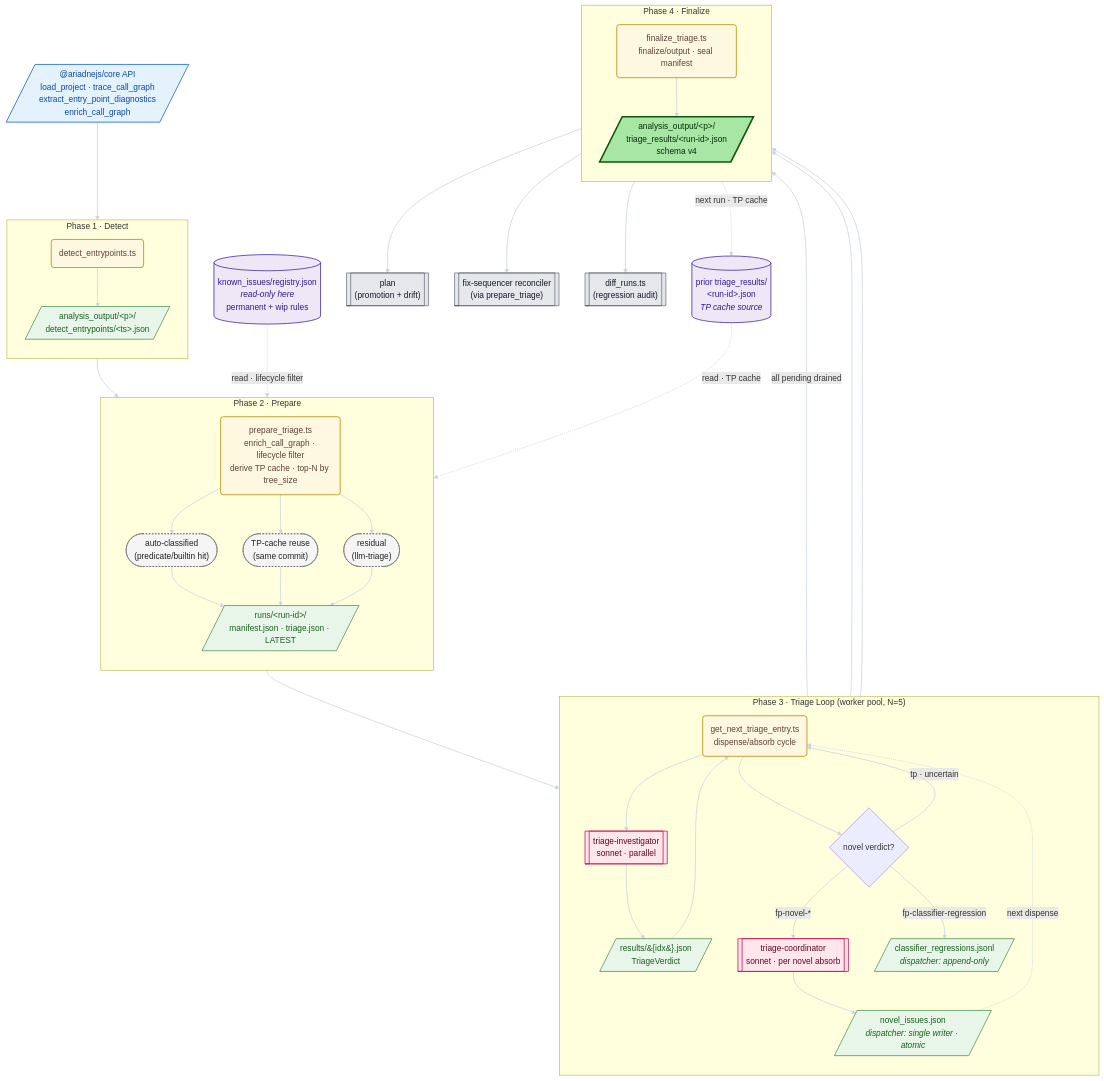
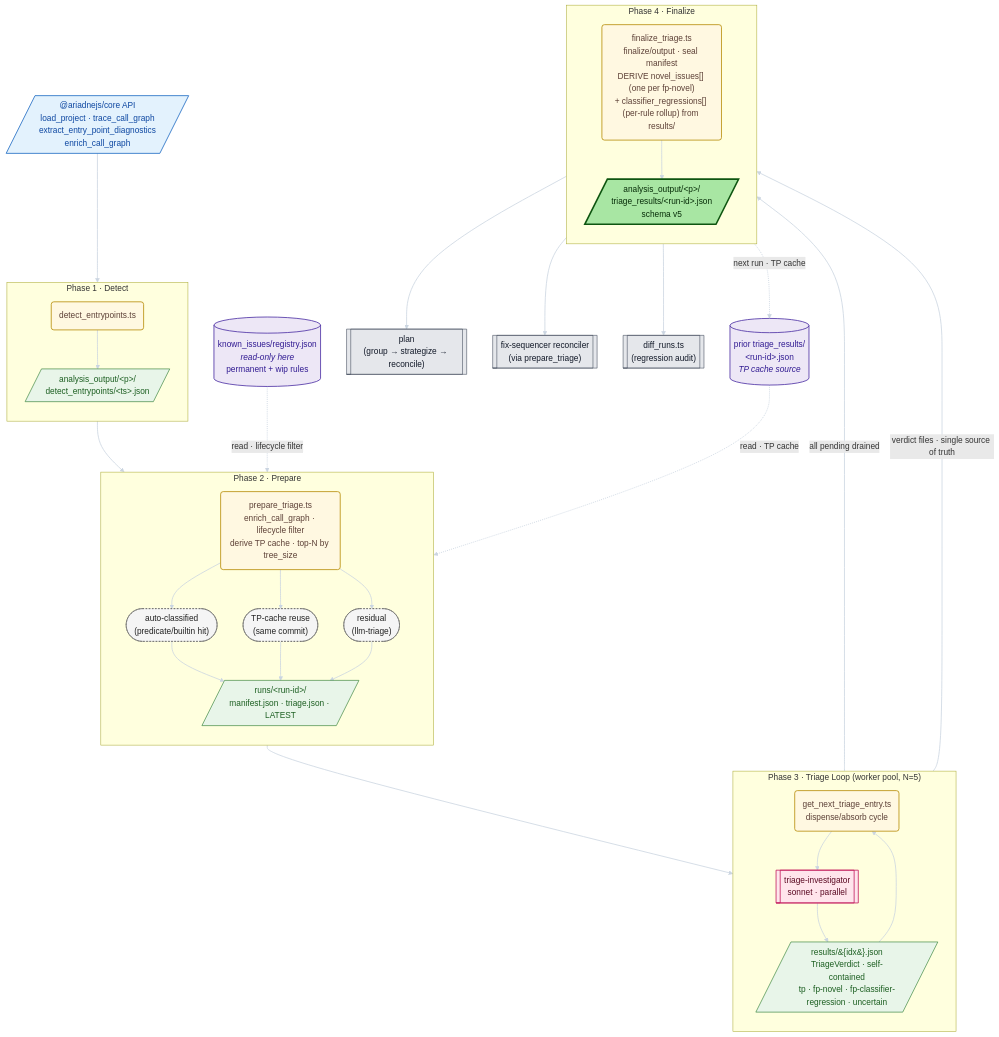
One commit to CRJFisher/ariadne changed the diagram in .claude/skills/triage/README.per-step.mmd. Above: the diagram before and after it, drawn with Mermaid. The commit also changed 50 other files, not shown here.

First line of the commit message:
feat(190.22.9): build the plan engine — group → strategize → reconcile

```diff
--- a/.claude/skills/triage/README.per-step.mmd
+++ b/.claude/skills/triage/README.per-step.mmd
@@ -1,83 +1,73 @@
 flowchart TD
   classDef ext        fill:#e3f2fd,stroke:#1565c0,stroke-width:1.5px,color:#0d47a1
   classDef store      fill:#ede7f6,stroke:#4527a0,stroke-width:1.5px,color:#311b92
   classDef artifact   fill:#e8f5e9,stroke:#2e7d32,stroke-width:1.2px,color:#1b5e20
   classDef step       fill:#fff8e1,stroke:#b58900,stroke-width:1.5px,color:#5d4037
   classDef agent      fill:#ffe5ec,stroke:#c2185b,stroke-width:1.5px,color:#5a0922
   classDef inter      fill:#f5f5f5,stroke:#616161,stroke-width:1px,color:#212121,stroke-dasharray:3 3
   classDef published  fill:#a8e6a3,stroke:#0e5510,stroke-width:3px,color:#062c08
   classDef downstream fill:#e5e7eb,stroke:#374151,stroke-width:1px,color:#111827
 
   CORE[/"@ariadnejs/core API<br/>load_project · trace_call_graph<br/>extract_entry_point_diagnostics<br/>enrich_call_graph"/]:::ext
 
   REG[("known_issues/registry.json<br/><i>read-only here</i><br/>permanent + wip rules")]:::store
   PRIOR[("prior triage_results/<br/>&lt;run-id&gt;.json<br/><i>TP cache source</i>")]:::store
 
   subgraph P1["Phase 1 · Detect"]
     direction TB
     S1("detect_entrypoints.ts"):::step
     A1[/"analysis_output/&lt;p&gt;/<br/>detect_entrypoints/&lt;ts&gt;.json"/]:::artifact
   end
 
   subgraph P2["Phase 2 · Prepare"]
     direction TB
     S2("prepare_triage.ts<br/>enrich_call_graph · lifecycle filter<br/>derive TP cache · top-N by tree_size"):::step
     I_AUTO(["auto-classified<br/>(predicate/builtin hit)"]):::inter
     I_TP(["TP-cache reuse<br/>(same commit)"]):::inter
     I_RES(["residual<br/>(llm-triage)"]):::inter
     A2[/"runs/&lt;run-id&gt;/<br/>manifest.json · triage.json · LATEST"/]:::artifact
   end
 
   subgraph P3["Phase 3 · Triage Loop (worker pool, N=5)"]
     direction TB
     S3("get_next_triage_entry.ts<br/>dispense/absorb cycle"):::step
     AG3[["triage-investigator<br/>sonnet · parallel"]]:::agent
-    A3[/"results/&#123;idx&#125;.json<br/>TriageVerdict"/]:::artifact
-    BR{novel verdict?}:::branch
-    AG_CO[["triage-coordinator<br/>sonnet · per novel absorb"]]:::agent
-    NI[/"novel_issues.json<br/><i>dispatcher: single writer · atomic</i>"/]:::artifact
-    CR[/"classifier_regressions.jsonl<br/><i>dispatcher: append-only</i>"/]:::artifact
+    A3[/"results/&#123;idx&#125;.json<br/>TriageVerdict · self-contained<br/>tp · fp-novel · fp-classifier-regression · uncertain"/]:::artifact
   end
 
   subgraph P4["Phase 4 · Finalize"]
     direction TB
-    S5("finalize_triage.ts<br/>finalize/output · seal manifest"):::step
-    PUB[/"analysis_output/&lt;p&gt;/<br/>triage_results/&lt;run-id&gt;.json<br/>schema v4"/]:::published
+    S5("finalize_triage.ts<br/>finalize/output · seal manifest<br/>DERIVE novel_issues[] (one per fp-novel)<br/>+ classifier_regressions[] (per-rule rollup) from results/"):::step
+    PUB[/"analysis_output/&lt;p&gt;/<br/>triage_results/&lt;run-id&gt;.json<br/>schema v5"/]:::published
   end
 
-  CUR[["plan<br/>(promotion + drift)"]]:::downstream
+  CUR[["plan<br/>(group → strategize → reconcile)"]]:::downstream
   FX[["fix-sequencer reconciler<br/>(via prepare_triage)"]]:::downstream
   DIF[["diff_runs.ts<br/>(regression audit)"]]:::downstream
 
   CORE --> S1
   S1 --> A1 --> S2
   REG -. "read · lifecycle filter" .-> S2
   PRIOR -. "read · TP cache" .-> S2
 
   S2 --> I_AUTO
   S2 --> I_TP
   S2 --> I_RES
   I_AUTO --> A2
   I_TP --> A2
   I_RES --> A2
 
   A2 --> S3
   S3 --> AG3 --> A3
   A3 --> S3
-  S3 --> BR
-  BR -- "fp-novel-*" --> AG_CO --> NI
-  BR -- "fp-classifier-regression" --> CR
-  BR -- "tp · uncertain" --> S3
-  NI -. "next dispense" .-> S3
   S3 -- "all pending drained" --> S5
-  NI --> S5
-  CR --> S5
+  A3 -- "verdict files · single source of truth" --> S5
   S5 --> PUB
 
   PUB --> CUR
   PUB --> FX
   PUB --> DIF
 
   PUB -. "next run · TP cache" .-> PRIOR
 
   linkStyle default stroke:#cbd5e1,stroke-width:1.5px
```
